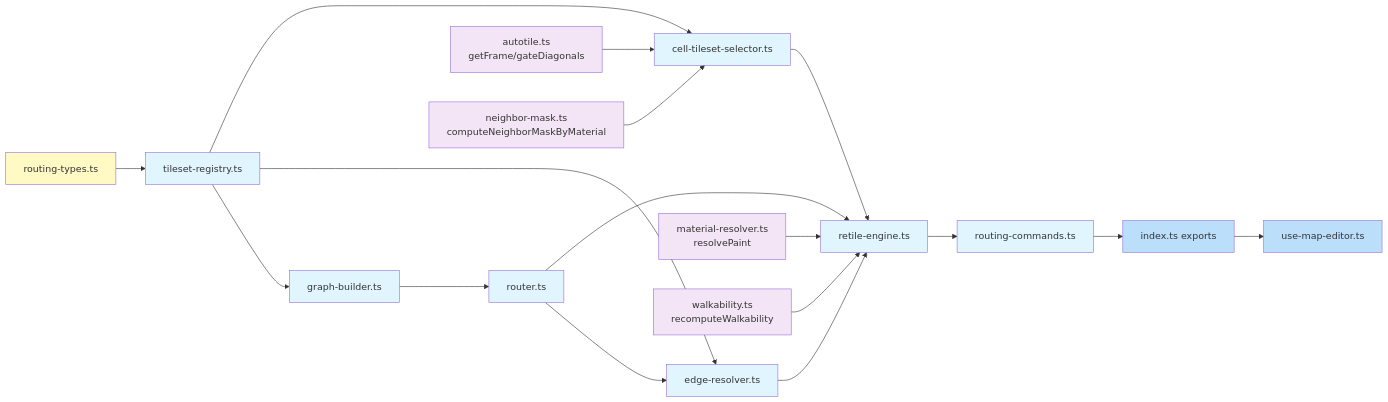
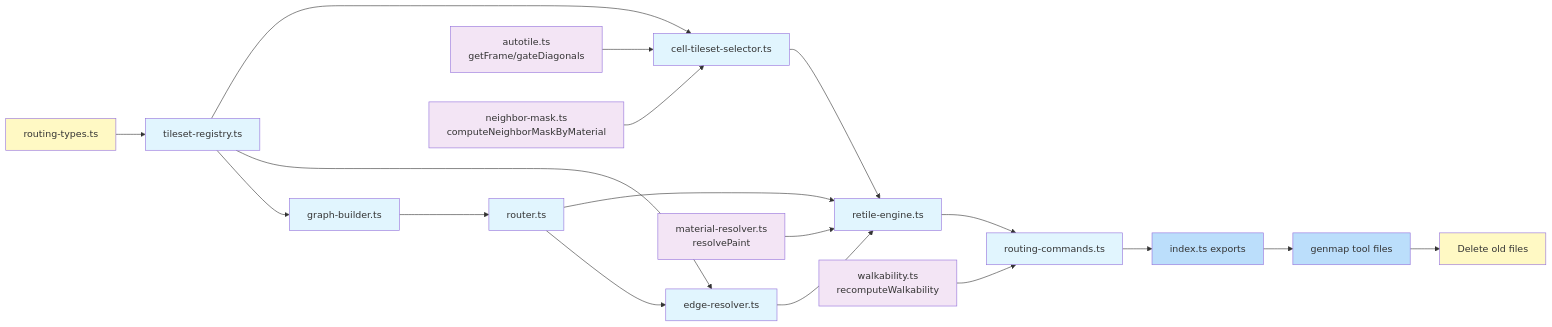
The second of 2 diagrams in docs/plans/plan-015-autotile-routing-system.md (tundraray/nookstead), drawn with Mermaid before and after one commit. The commit also changed other lines of this file and 44 other files, not shown here.

````diff
--- a/docs/plans/plan-015-autotile-routing-system.md
+++ b/docs/plans/plan-015-autotile-routing-system.md
@@ -91,35 +120,37 @@
 ```mermaid
 graph LR
     T1[routing-types.ts] --> T2[tileset-registry.ts]
     T2 --> T3[graph-builder.ts]
     T3 --> T4[router.ts]
     T2 --> T5[edge-resolver.ts]
     T4 --> T5
     T2 --> T6[cell-tileset-selector.ts]
     T5 --> T7[retile-engine.ts]
     T6 --> T7
     T4 --> T7
     T7 --> T8[routing-commands.ts]
     T8 --> T9[index.ts exports]
-    T9 --> T10[use-map-editor.ts]
+    T9 --> T10[genmap tool files]
+    T10 --> T11[Delete old files]
 
     AT[autotile.ts<br/>getFrame/gateDiagonals] --> T6
     NM[neighbor-mask.ts<br/>computeNeighborMaskByMaterial] --> T6
     MR[material-resolver.ts<br/>resolvePaint] --> T7
-    WK[walkability.ts<br/>recomputeWalkability] --> T7
+    WK[walkability.ts<br/>recomputeWalkability] --> T8
 
     style T1 fill:#fff9c4
     style T2 fill:#e1f5fe
     style T3 fill:#e1f5fe
     style T4 fill:#e1f5fe
     style T5 fill:#e1f5fe
     style T6 fill:#e1f5fe
     style T7 fill:#e1f5fe
     style T8 fill:#e1f5fe
     style T9 fill:#bbdefb
     style T10 fill:#bbdefb
+    style T11 fill:#fff9c4
     style AT fill:#f3e5f5
     style NM fill:#f3e5f5
     style MR fill:#f3e5f5
     style WK fill:#f3e5f5
 ```
````
